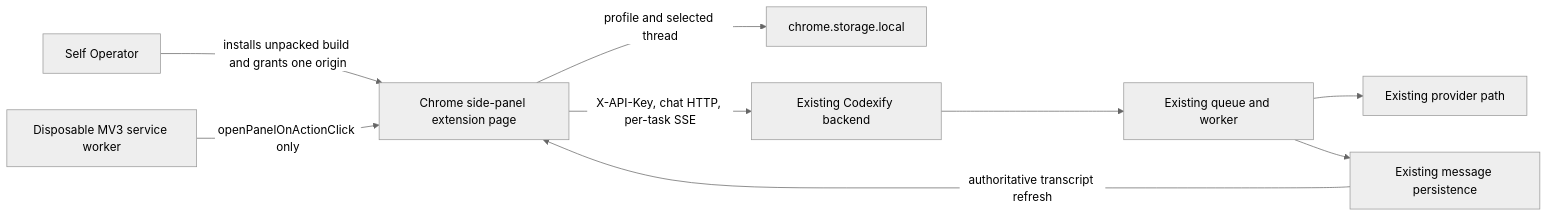
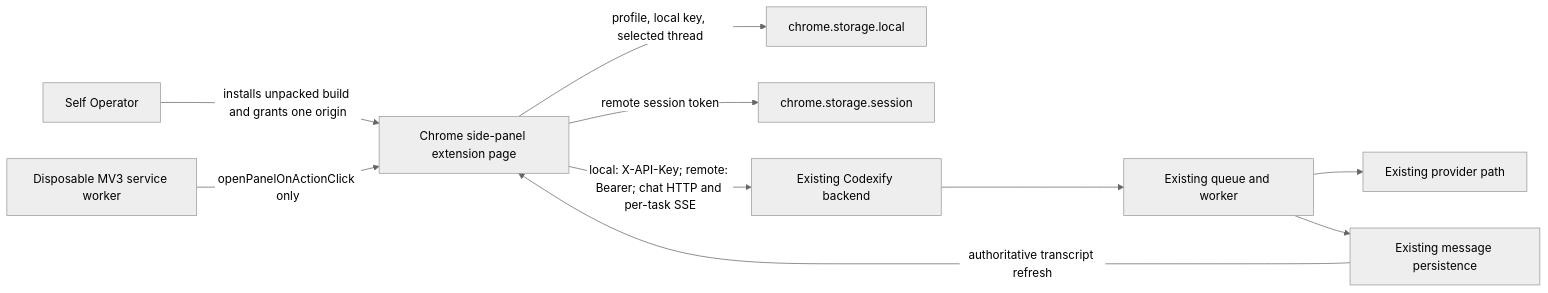
One commit to Resonant-Jones/Codexify changed the diagram in docs/architecture/chrome-side-panel-client.md. Above: the diagram before and after it, drawn with Mermaid (neutral theme). The commit also changed other lines of this file and 14 other files, not shown here.

````diff
--- a/docs/architecture/chrome-side-panel-client.md
+++ b/docs/architecture/chrome-side-panel-client.md
@@ -34,11 +35,12 @@
 ```mermaid
 flowchart LR
     O["Self Operator"] -->|"installs unpacked build and grants one origin"| C["Chrome side-panel extension page"]
-    C -->|"profile and selected thread"| S["chrome.storage.local"]
-    C -->|"X-API-Key, chat HTTP, per-task SSE"| G["Existing Codexify backend"]
+    C -->|"profile, local key, selected thread"| L["chrome.storage.local"]
+    C -->|"remote session token"| S["chrome.storage.session"]
+    C -->|"local: X-API-Key; remote: Bearer; chat HTTP and per-task SSE"| G["Existing Codexify backend"]
     G --> Q["Existing queue and worker"]
     Q --> P["Existing provider path"]
     Q --> D["Existing message persistence"]
     D -->|"authoritative transcript refresh"| C
     W["Disposable MV3 service worker"] -->|"openPanelOnActionClick only"| C
 ```
````
